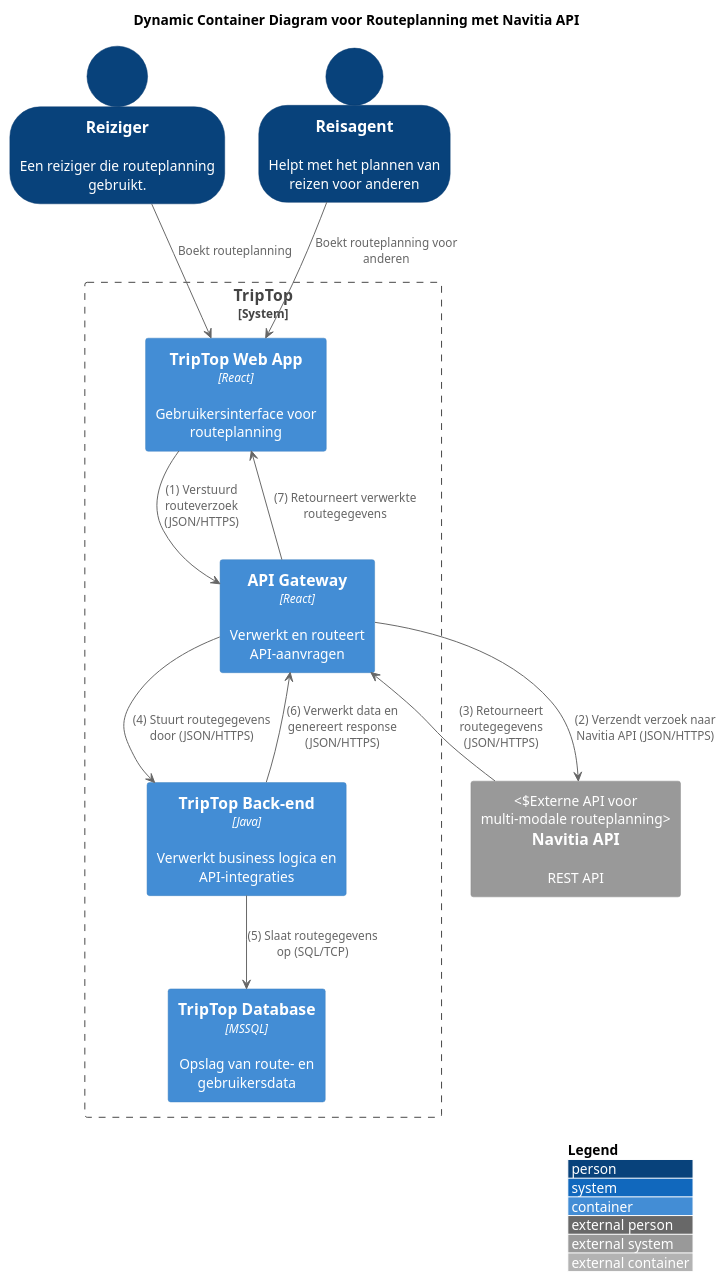
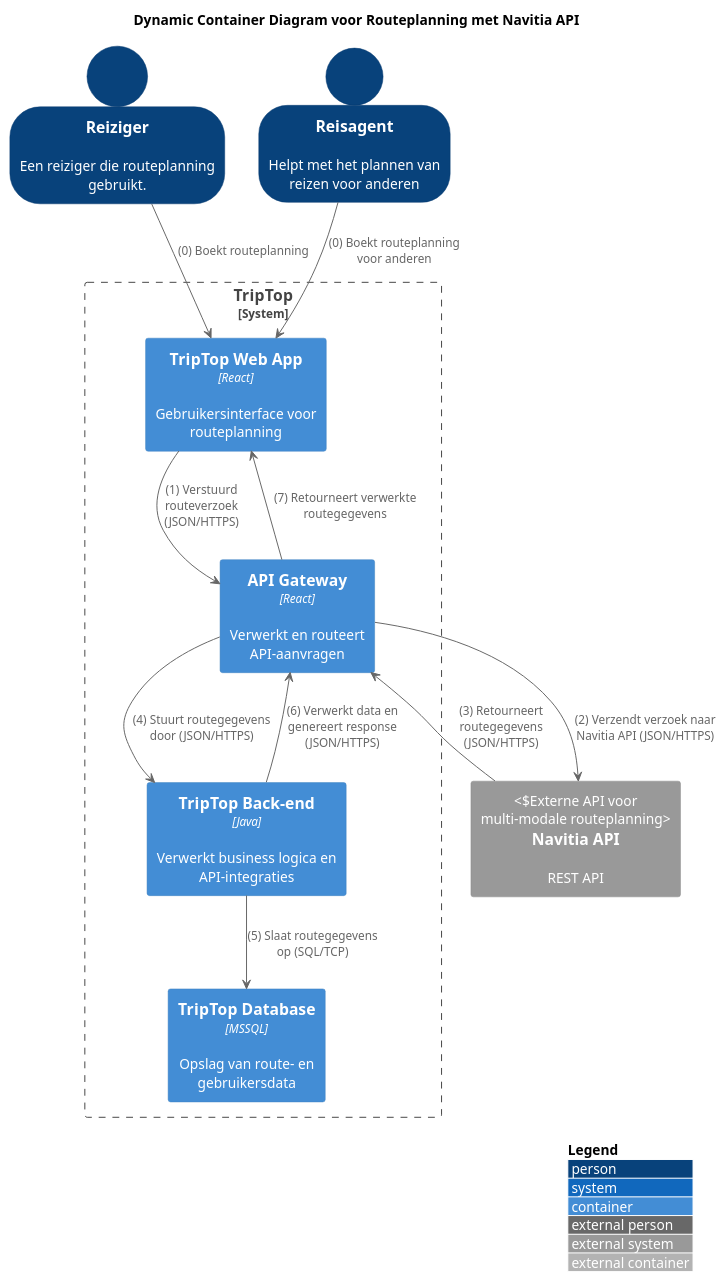
One commit to AIM-ENE-feb25/triptop-jrn changed the diagram in huiswerkJae/V1-dynamicContainerNavitiaApi.plantuml. Above: the diagram before and after it, drawn with PlantUML. The commit also changed 1 other file, not shown here.

Commit message:
0 nummer toegevoegd aan eerste initiatie in dynamische diagram
ingevoerd na Bart's Feedback dat dat ook een stap is om te nummeren.

```diff
--- a/huiswerkJae/V1-dynamicContainerNavitiaApi.plantuml
+++ b/huiswerkJae/V1-dynamicContainerNavitiaApi.plantuml
@@ -1,37 +1,37 @@
 @startuml
 !include https://raw.githubusercontent.com/plantuml-stdlib/C4-PlantUML/master/C4_Context.puml
 !include <C4/C4_Container>
 
 title Dynamic Container Diagram voor Routeplanning met Navitia API
 
 LAYOUT_WITH_LEGEND()
 SHOW_PERSON_OUTLINE()
 
 ' Personen bovenaan
 Person(Reiziger, "Reiziger", "Een reiziger die routeplanning gebruikt.")
 Person(Reisagent, "Reisagent", "Helpt met het plannen van reizen voor anderen")
 
 ' TripTop system boundary in het midden
 System_Boundary(triptop_core, "TripTop") {
     Container(ui, "TripTop Web App", "React", "Gebruikersinterface voor routeplanning")
     Container(gateway, "API Gateway", "React", "Verwerkt en routeert API-aanvragen")
     Container(backend, "TripTop Back-end", "Java", "Verwerkt business logica en API-integraties")
     Container(db, "TripTop Database", "MSSQL", "Opslag van route- en gebruikersdata")
 }
 
 ' Externe systemen onderaan
 System_Ext(navitia, "Navitia API", "REST API", "Externe API voor multi-modale routeplanning")
 
 ' Dynamische interacties met genummerde stappen
-Reiziger --> ui : Boekt routeplanning
-Reisagent --> ui : Boekt routeplanning voor anderen
+Reiziger --> ui : (0) Boekt routeplanning
+Reisagent --> ui : (0) Boekt routeplanning voor anderen
 
 ui --> gateway : (1) Verstuurd routeverzoek (JSON/HTTPS)
 gateway --> navitia : (2) Verzendt verzoek naar Navitia API (JSON/HTTPS)
 navitia --> gateway : (3) Retourneert routegegevens (JSON/HTTPS)
 gateway --> backend : (4) Stuurt routegegevens door (JSON/HTTPS)
 backend --> db : (5) Slaat routegegevens op (SQL/TCP)
 backend --> gateway : (6) Verwerkt data en genereert response (JSON/HTTPS)
 gateway --> ui : (7) Retourneert verwerkte routegegevens
 
 @enduml
```
